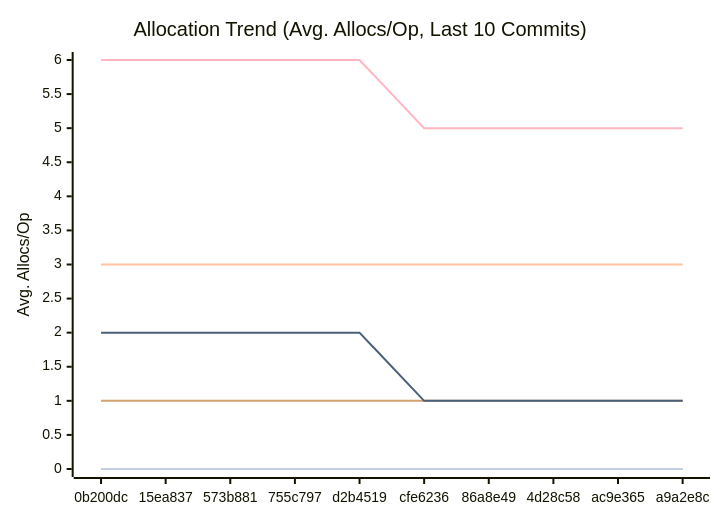
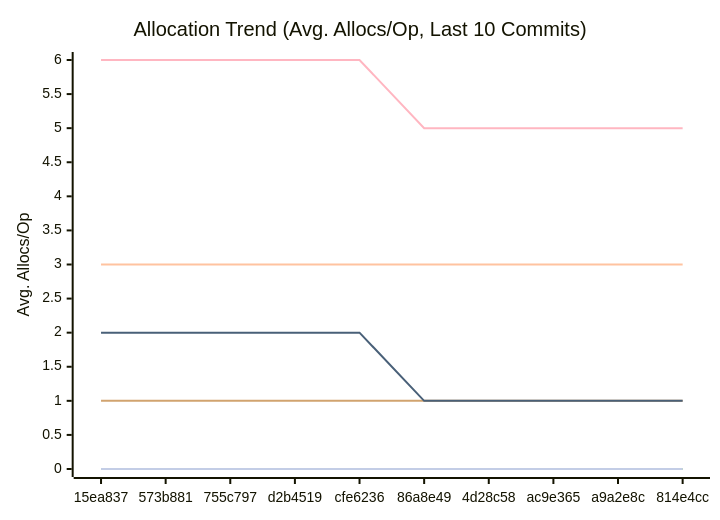
Before and after one commit to alsotoes/momo: the third of 3 diagrams in docs/PERFORMANCE.md, drawn with Mermaid. The commit also changed other lines of this file and 2 other files, not shown here.

````diff
--- a/docs/PERFORMANCE.md
+++ b/docs/PERFORMANCE.md
@@ -114,16 +114,16 @@
 ```mermaid
 xychart-beta
     title "Allocation Trend (Avg. Allocs/Op, Last 10 Commits)"
     x-axis "Commit"
     y-axis "Avg. Allocs/Op"
-    x-axis [0b200dc,15ea837,573b881,755c797,d2b4519,cfe6236,86a8e49,4d28c58,ac9e365,a9a2e8c]
+    x-axis [15ea837,573b881,755c797,d2b4519,cfe6236,86a8e49,4d28c58,ac9e365,a9a2e8c,814e4cc]
     line "CheckMetricsAndSwap" [0,0,0,0,0,0,0,0,0,0]
     line "CrushOptimized" [0,0,0,0,0,0,0,0,0,0]
     line "CrushOriginal" [3,3,3,3,3,3,3,3,3,3]
     line "IndexDirectTracking" [0,0,0,0,0,0,0,0,0,0]
     line "IndexSearch" [0,0,0,0,0,0,0,0,0,0]
     line "LoadGlobalConfig" [1,1,1,1,1,1,1,1,1,1]
     line "PadString" [0,0,0,0,0,0,0,0,0,0]
     line "ParseReplicationOrder_NoPrealloc" [6,6,6,6,6,5,5,5,5,5]
     line "ParseReplicationOrder_Prealloc" [2,2,2,2,2,1,1,1,1,1]
 ```
````
